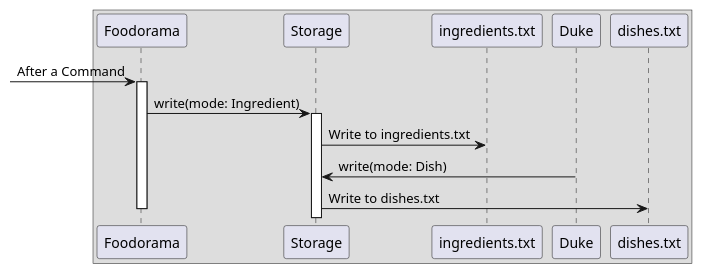
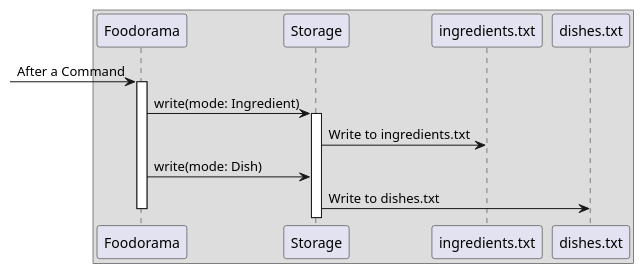
One commit to nus-cs2113-AY2122S1/tp changed the diagram in docs/puml/storage_write_sequence.puml. Above: the diagram before and after it, drawn with PlantUML. The commit also changed 1 other file, not shown here.

Commit message:
Change Duke to Foodorama, correct one puml diagram

```diff
--- a/docs/puml/storage_write_sequence.puml
+++ b/docs/puml/storage_write_sequence.puml
@@ -1,14 +1,14 @@
 @startuml
 'https://plantuml.com/sequence-diagram
 
 Box
 -> Foodorama: After a Command
 activate Foodorama
 Foodorama -> Storage: write(mode: Ingredient)
 activate Storage
 Storage -> ingredients.txt : Write to ingredients.txt
-Duke -> Storage: write(mode: Dish)
+Foodorama -> Storage: write(mode: Dish)
 Storage -> dishes.txt: Write to dishes.txt
 deactivate Foodorama
 
 @enduml
```
